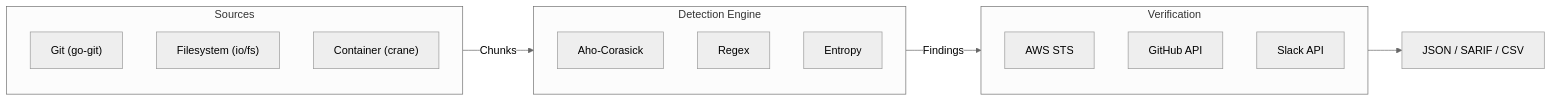
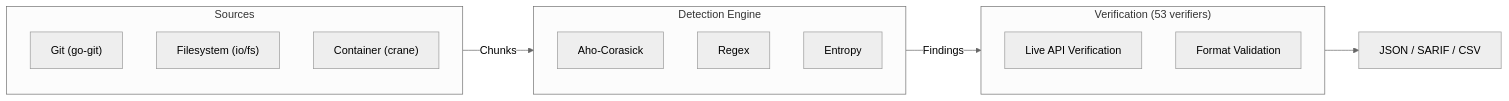
One commit to actions-marketplace-validations/HodeTech_Leakwatch changed the diagram in README.md. Above: the diagram before and after it, drawn with Mermaid (neutral theme). The commit also changed other lines of this file and 9 other files, not shown here.

````diff
--- a/README.md
+++ b/README.md
@@ -216,24 +225,23 @@
 ```mermaid
 flowchart LR
     subgraph Sources["Sources"]
         S1["Git (go-git)"]
         S2["Filesystem (io/fs)"]
         S3["Container (crane)"]
     end
 
     subgraph Engine["Detection Engine"]
         E1[Aho-Corasick]
         E2[Regex]
         E3[Entropy]
     end
 
-    subgraph Verify["Verification"]
-        V1[AWS STS]
-        V2[GitHub API]
-        V3[Slack API]
+    subgraph Verify["Verification (53 verifiers)"]
+        V1[Live API Verification]
+        V2[Format Validation]
     end
 
     Sources -->|Chunks| Engine
     Engine -->|Findings| Verify
     Verify --> Output["JSON / SARIF / CSV"]
 ```
````
